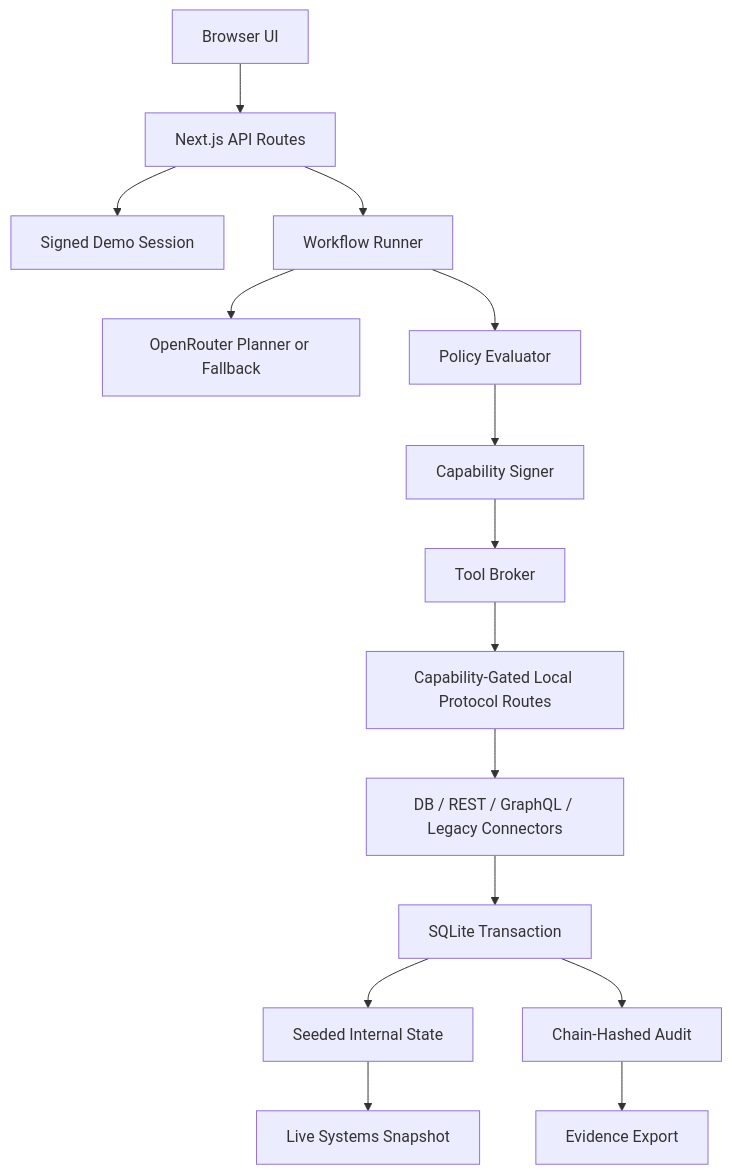
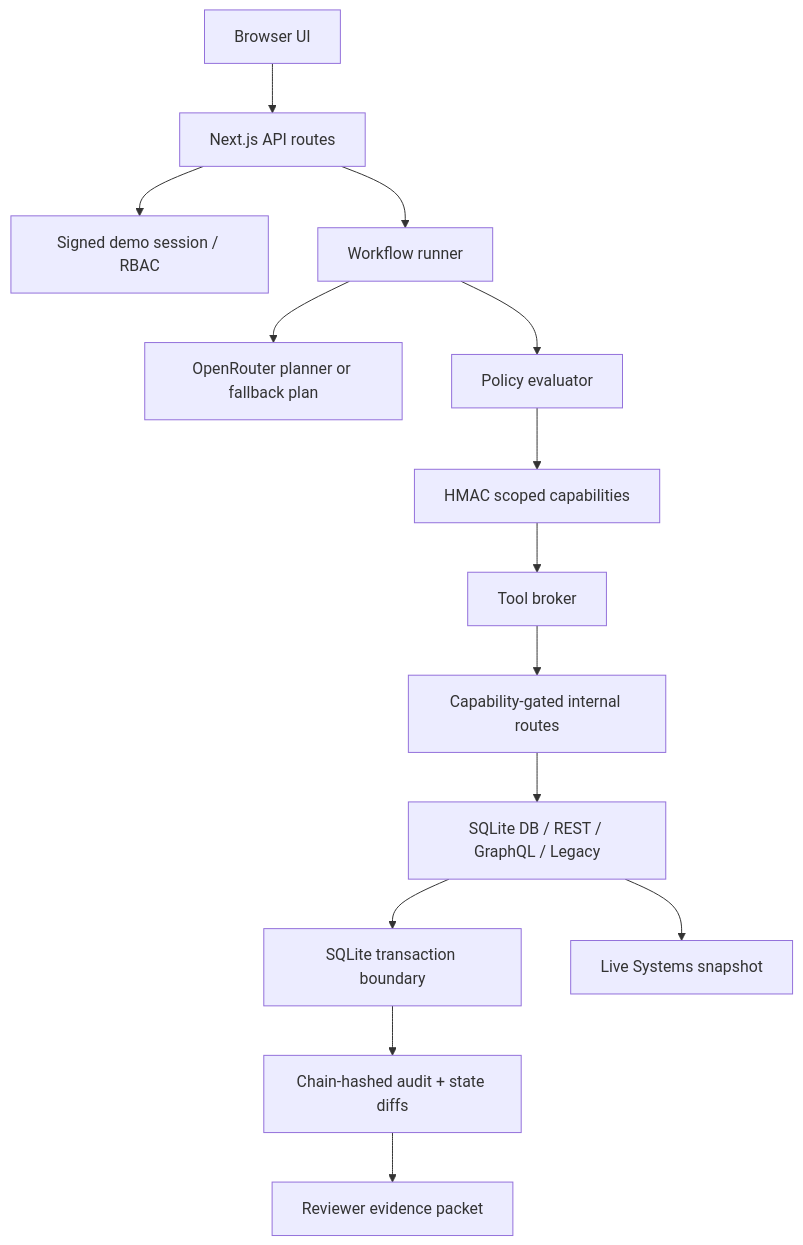
One commit to Shree-git/aa-firewall changed the diagram in docs/TDD.md. Above: the diagram before and after it, drawn with Mermaid. The commit also changed other lines of this file and 9 other files, not shown here.

````diff
--- a/docs/TDD.md
+++ b/docs/TDD.md
@@ -7,17 +9,16 @@
 ```mermaid
 flowchart TD
-  Browser["Browser UI"] --> Routes["Next.js API Routes"]
-  Routes --> Session["Signed Demo Session"]
-  Routes --> Workflow["Workflow Runner"]
-  Workflow --> Planner["OpenRouter Planner or Fallback"]
-  Workflow --> Policy["Policy Evaluator"]
-  Policy --> Capability["Capability Signer"]
-  Capability --> Broker["Tool Broker"]
-  Broker --> Protocol["Capability-Gated Local Protocol Routes"]
-  Protocol --> Connectors["DB / REST / GraphQL / Legacy Connectors"]
-  Connectors --> Txn["SQLite Transaction"]
-  Txn --> State["Seeded Internal State"]
-  Txn --> Audit["Chain-Hashed Audit"]
-  Audit --> Evidence["Evidence Export"]
-  State --> Live["Live Systems Snapshot"]
+  UI["Browser UI"] --> API["Next.js API routes"]
+  API --> Session["Signed demo session / RBAC"]
+  API --> Workflow["Workflow runner"]
+  Workflow --> Planner["OpenRouter planner or fallback plan"]
+  Workflow --> Policy["Policy evaluator"]
+  Policy --> Caps["HMAC scoped capabilities"]
+  Caps --> Broker["Tool broker"]
+  Broker --> Protocol["Capability-gated internal routes"]
+  Protocol --> Systems["SQLite DB / REST / GraphQL / Legacy"]
+  Systems --> Txn["SQLite transaction boundary"]
+  Txn --> Audit["Chain-hashed audit + state diffs"]
+  Audit --> Evidence["Reviewer evidence packet"]
+  Systems --> Live["Live Systems snapshot"]
 ```
````
